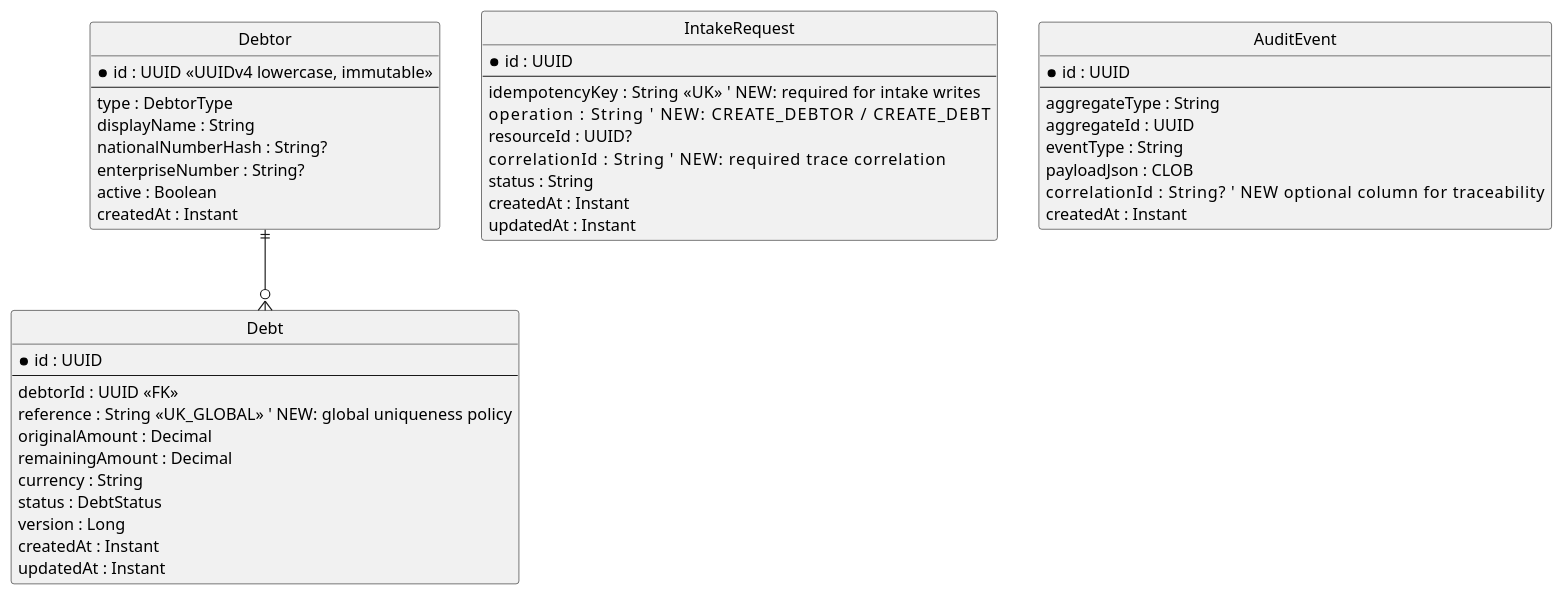
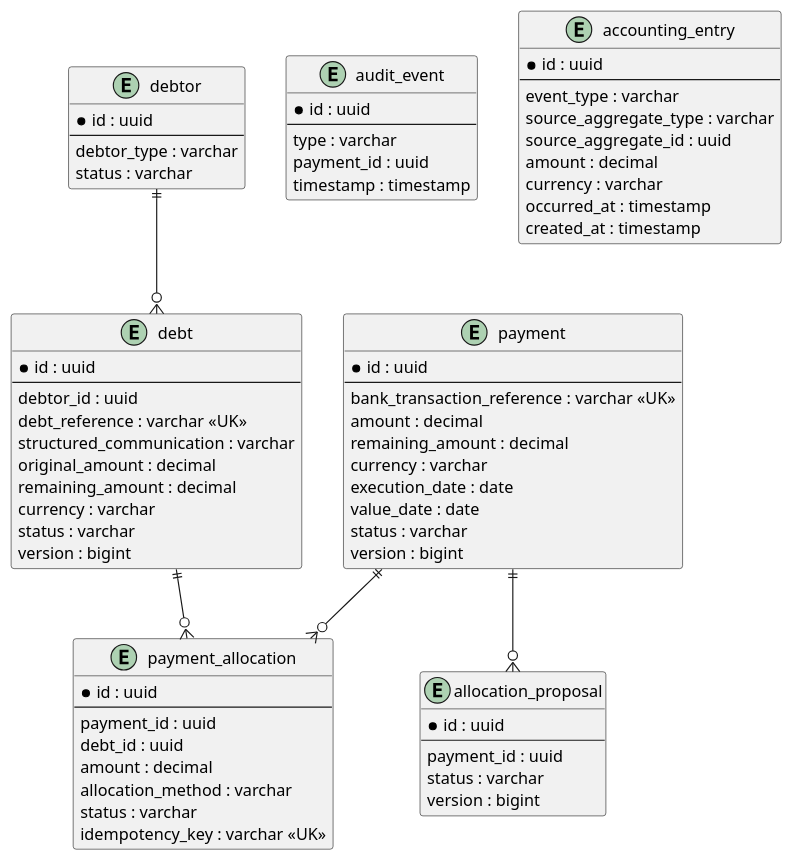
The first of 4 diagrams in .opencode/plans/extension-plan.md (jfmauro/allocation-better), drawn with PlantUML before and after one commit. The commit also changed other lines of this file and 39 other files, not shown here.

````diff
--- a/.opencode/plans/extension-plan.md
+++ b/.opencode/plans/extension-plan.md
@@ -72,56 +68,85 @@
 ```plantuml
 @startuml
-hide circle
-skinparam linetype ortho
+hide methods
+hide stereotypes
 
-entity Debtor {
-  * id : UUID <<UUIDv4 lowercase, immutable>>
+entity "debtor" as debtor {
+  * id : uuid
   --
-  type : DebtorType
-  displayName : String
-  nationalNumberHash : String?
-  enterpriseNumber : String?
-  active : Boolean
-  createdAt : Instant
+  debtor_type : varchar
+  status : varchar
 }
 
-entity Debt {
-  * id : UUID
+entity "debt" as debt {
+  * id : uuid
   --
-  debtorId : UUID <<FK>>
-  reference : String <<UK_GLOBAL>>  ' NEW: global uniqueness policy
-  originalAmount : Decimal
-  remainingAmount : Decimal
-  currency : String
-  status : DebtStatus
-  version : Long
-  createdAt : Instant
-  updatedAt : Instant
+  debtor_id : uuid
+  debt_reference : varchar <<UK>>
+  structured_communication : varchar
+  original_amount : decimal
+  remaining_amount : decimal
+  currency : varchar
+  status : varchar
+  version : bigint
 }
 
-entity IntakeRequest {
-  * id : UUID
+entity "payment" as payment {
+  * id : uuid
   --
-  idempotencyKey : String <<UK>>    ' NEW: required for intake writes
-  operation : String                ' NEW: CREATE_DEBTOR / CREATE_DEBT
-  resourceId : UUID?
-  correlationId : String            ' NEW: required trace correlation
-  status : String
-  createdAt : Instant
-  updatedAt : Instant
+  bank_transaction_reference : varchar <<UK>>
+  amount : decimal
+  remaining_amount : decimal
+  currency : varchar
+  execution_date : date
+  value_date : date
+  status : varchar
+  version : bigint
 }
 
-entity AuditEvent {
-  * id : UUID
+entity "payment_allocation" as allocation {
+  * id : uuid
   --
-  aggregateType : String
-  aggregateId : UUID
-  eventType : String
-  payloadJson : CLOB
-  correlationId : String?           ' NEW optional column for traceability
-  createdAt : Instant
+  payment_id : uuid
+  debt_id : uuid
+  amount : decimal
+  allocation_method : varchar
+  status : varchar
+  idempotency_key : varchar <<UK>>
 }
 
-Debtor ||--o{ Debt
+entity "allocation_proposal" as proposal {
+  * id : uuid
+  --
+  payment_id : uuid
+  status : varchar
+  version : bigint
+}
+
+entity "audit_event" as audit_event {
+  * id : uuid
+  --
+  type : varchar
+  payment_id : uuid
+  timestamp : timestamp
+}
+
+entity "accounting_entry" as accounting_entry {
+  * id : uuid
+  --
+  event_type : varchar
+  source_aggregate_type : varchar
+  source_aggregate_id : uuid
+  amount : decimal
+  currency : varchar
+  occurred_at : timestamp
+  created_at : timestamp
+}
+' NEW in extension: append-only accounting trace aggregate/table
+
+debtor ||--o{ debt
+payment ||--o{ allocation
+debt ||--o{ allocation
+payment ||--o{ proposal
+
 @enduml
 ```
````
